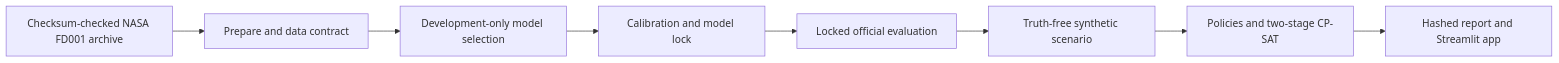
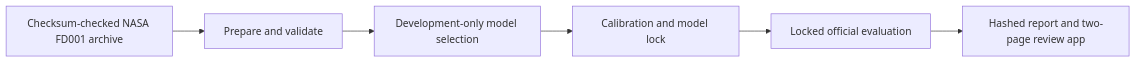
Before and after one commit to EfeErim/aeromaintain-ai: the diagram in docs/architecture.md, drawn with Mermaid. The commit also changed other lines of this file and 30 other files, not shown here.

````diff
--- a/docs/architecture.md
+++ b/docs/architecture.md
@@ -5,10 +5,8 @@
 ```mermaid
 flowchart LR
-    A["Checksum-checked NASA FD001 archive"] --> B["Prepare and data contract"]
+    A["Checksum-checked NASA FD001 archive"] --> B["Prepare and validate"]
     B --> C["Development-only model selection"]
     C --> D["Calibration and model lock"]
     D --> E["Locked official evaluation"]
-    E --> F["Truth-free synthetic scenario"]
-    F --> G["Policies and two-stage CP-SAT"]
-    G --> H["Hashed report and Streamlit app"]
+    E --> F["Hashed report and two-page review app"]
 ```
````
